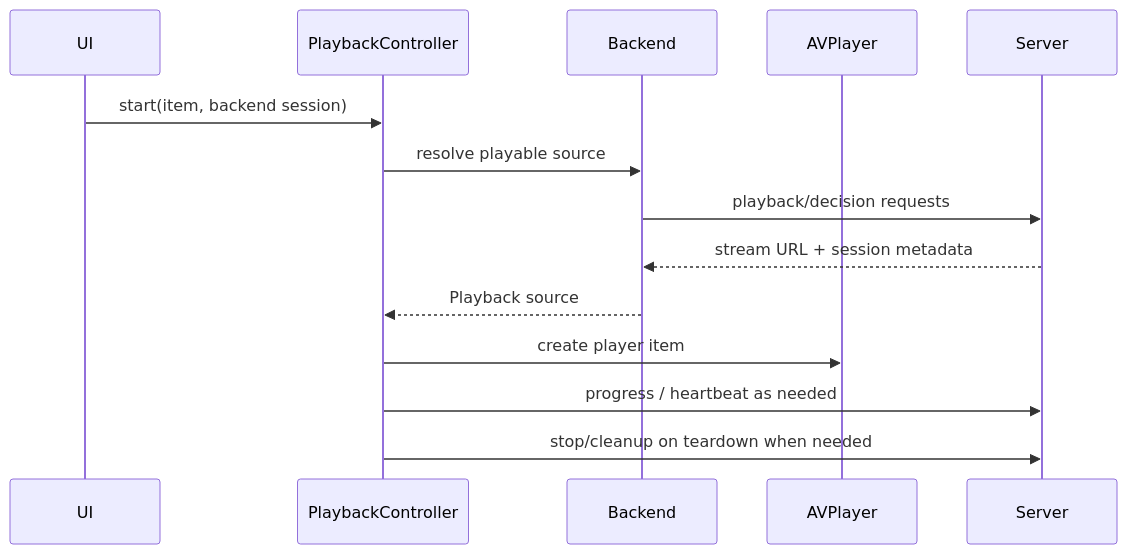
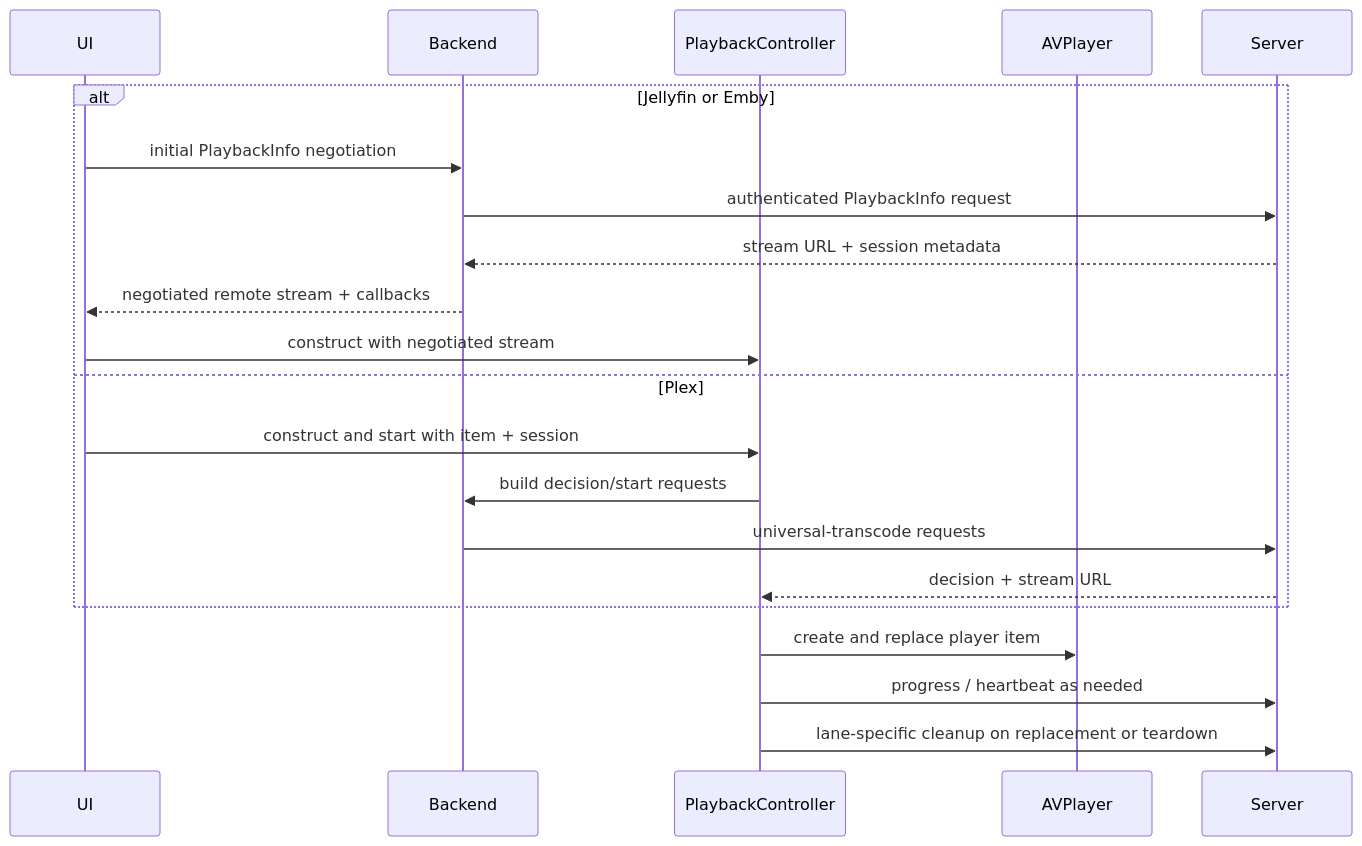
Before and after one commit to jlipworth/Labstream: the diagram in docs/PLAYBACK-ARCHITECTURE.md, drawn with Mermaid. The commit also changed other lines of this file and 13 other files, not shown here.

````diff
--- a/docs/PLAYBACK-ARCHITECTURE.md
+++ b/docs/PLAYBACK-ARCHITECTURE.md
@@ -14,17 +16,24 @@
 ```mermaid
 sequenceDiagram
   participant UI
+  participant Backend
   participant PC as PlaybackController
-  participant Backend
   participant AV as AVPlayer
   participant Server
 
-  UI->>PC: start(item, backend session)
-  PC->>Backend: resolve playable source
-  Backend->>Server: playback/decision requests
-  Server-->>Backend: stream URL + session metadata
-  Backend-->>PC: Playback source
-  PC->>AV: create player item
+  alt Jellyfin or Emby
+    UI->>Backend: initial PlaybackInfo negotiation
+    Backend->>Server: authenticated PlaybackInfo request
+    Server-->>Backend: stream URL + session metadata
+    Backend-->>UI: negotiated remote stream + callbacks
+    UI->>PC: construct with negotiated stream
+  else Plex
+    UI->>PC: construct and start with item + session
+    PC->>Backend: build decision/start requests
+    Backend->>Server: universal-transcode requests
+    Server-->>PC: decision + stream URL
+  end
+  PC->>AV: create and replace player item
   PC->>Server: progress / heartbeat as needed
-  PC->>Server: stop/cleanup on teardown when needed
+  PC->>Server: lane-specific cleanup on replacement or teardown
 ```
````
